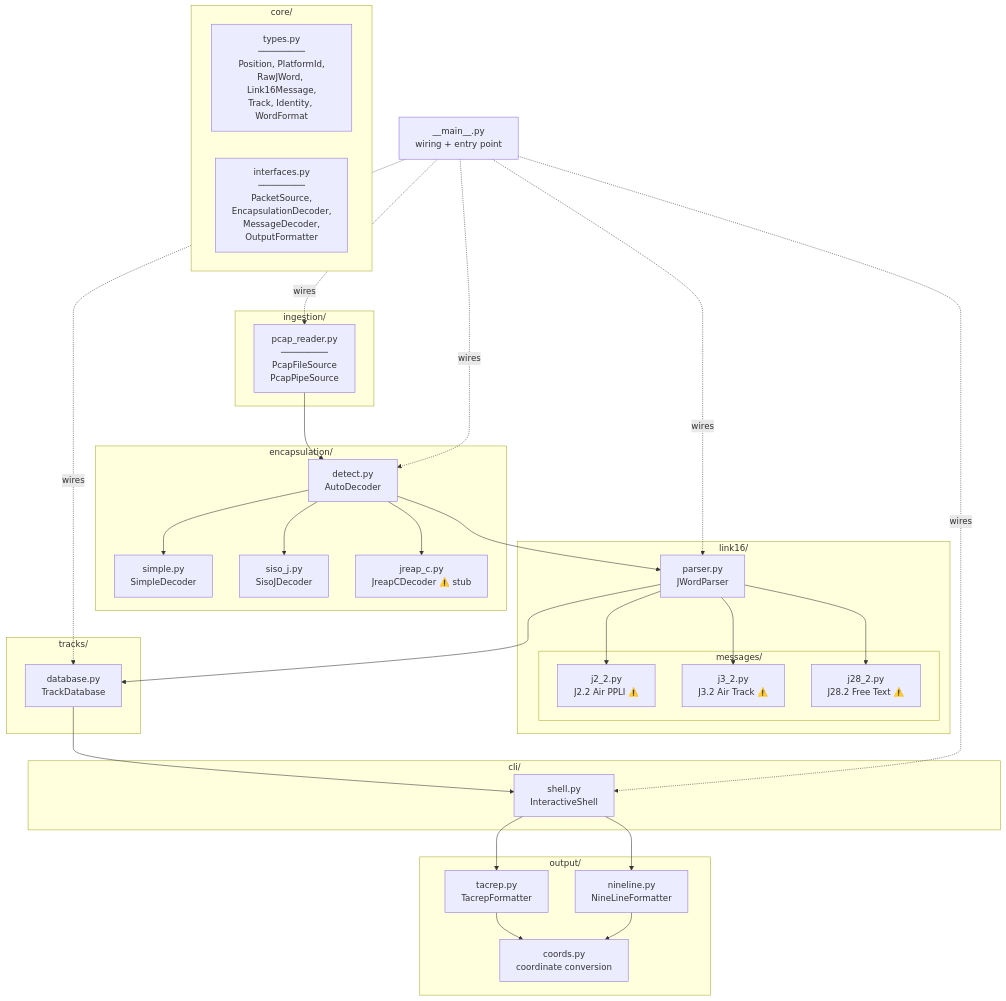
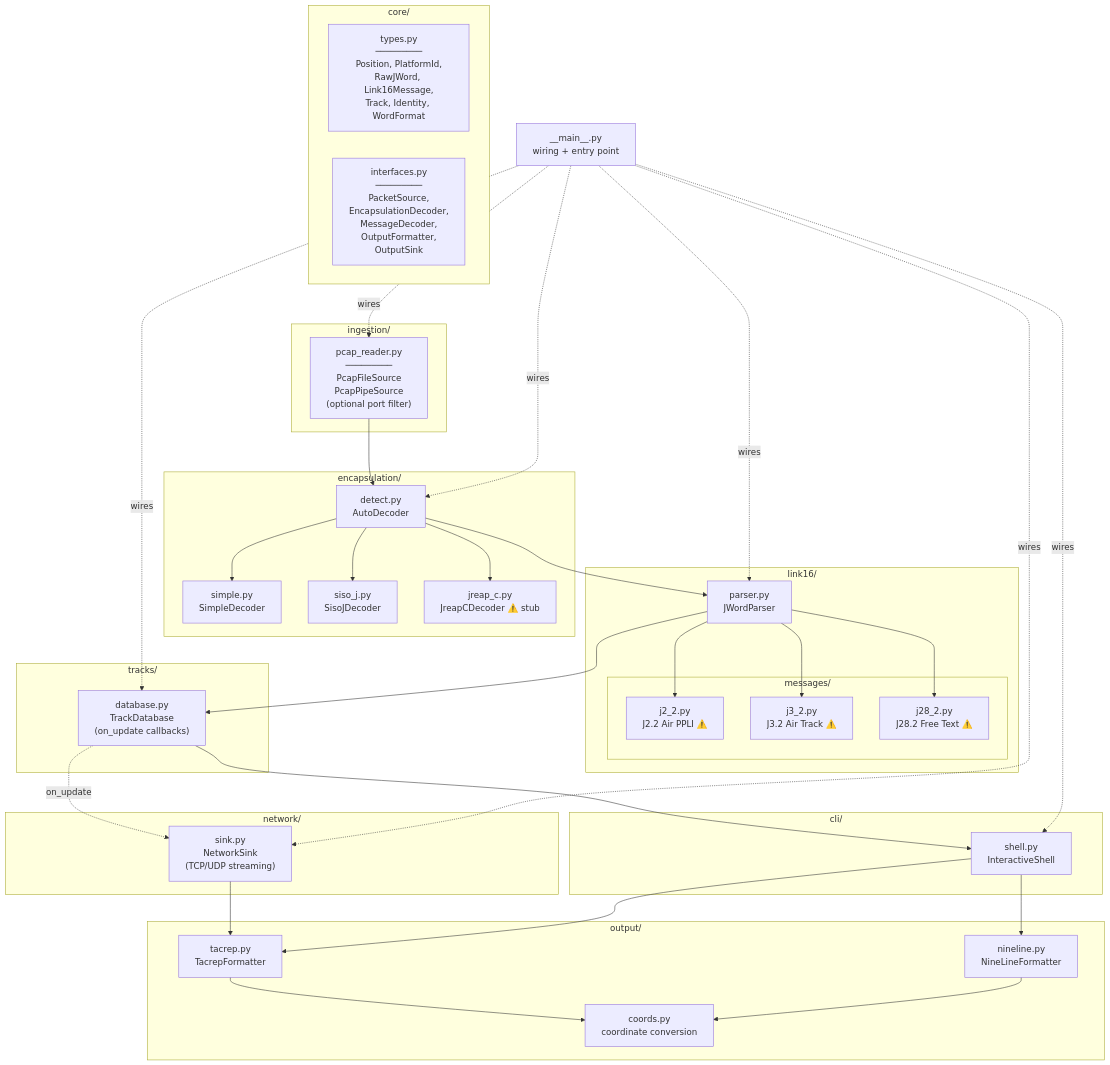
The third of 5 diagrams in ARCHITECTURE.md (tellerj/parser), drawn with Mermaid before and after one commit. The commit also changed other lines of this file and 30 other files, not shown here.

First line of the commit message:
Rename to link16-parser, add network streaming, port filter, and track lifecycle

````diff
--- a/ARCHITECTURE.md
+++ b/ARCHITECTURE.md
@@ -39,54 +80,60 @@
 ```mermaid
 graph TD
     subgraph core["core/"]
         types["types.py<br/>─────────<br/>Position, PlatformId,<br/>RawJWord, Link16Message,<br/>Track, Identity, WordFormat"]
-        interfaces["interfaces.py<br/>─────────<br/>PacketSource,<br/>EncapsulationDecoder,<br/>MessageDecoder,<br/>OutputFormatter"]
+        interfaces["interfaces.py<br/>─────────<br/>PacketSource,<br/>EncapsulationDecoder,<br/>MessageDecoder,<br/>OutputFormatter,<br/>OutputSink"]
     end
 
     subgraph ingestion["ingestion/"]
-        pcap["pcap_reader.py<br/>─────────<br/>PcapFileSource<br/>PcapPipeSource"]
+        pcap["pcap_reader.py<br/>─────────<br/>PcapFileSource<br/>PcapPipeSource<br/>(optional port filter)"]
     end
 
     subgraph encapsulation["encapsulation/"]
         simple["simple.py<br/>SimpleDecoder"]
         sisoj["siso_j.py<br/>SisoJDecoder"]
         jreapc["jreap_c.py<br/>JreapCDecoder ⚠️ stub"]
         detect["detect.py<br/>AutoDecoder"]
     end
 
     subgraph link16["link16/"]
         parser["parser.py<br/>JWordParser"]
         subgraph messages["messages/"]
             j22["j2_2.py<br/>J2.2 Air PPLI ⚠️"]
             j32["j3_2.py<br/>J3.2 Air Track ⚠️"]
             j282["j28_2.py<br/>J28.2 Free Text ⚠️"]
         end
     end
 
     subgraph tracks["tracks/"]
-        db["database.py<br/>TrackDatabase"]
+        db["database.py<br/>TrackDatabase<br/>(on_update callbacks)"]
     end
 
     subgraph output["output/"]
         coords["coords.py<br/>coordinate conversion"]
         tacrep["tacrep.py<br/>TacrepFormatter"]
         nineline["nineline.py<br/>NineLineFormatter"]
+    end
+
+    subgraph network["network/"]
+        netsink["sink.py<br/>NetworkSink<br/>(TCP/UDP streaming)"]
     end
 
     subgraph cli["cli/"]
         shell["shell.py<br/>InteractiveShell"]
     end
 
     main["__main__.py<br/>wiring + entry point"]
 
     pcap --> detect
     detect --> simple & sisoj & jreapc
     detect --> parser
     parser --> j22 & j32 & j282
     parser --> db
     db --> shell
+    db -.->|"on_update"| netsink
+    netsink --> tacrep
     shell --> tacrep & nineline
     tacrep --> coords
     nineline --> coords
-    main -.->|"wires"| pcap & detect & parser & db & shell
+    main -.->|"wires"| pcap & detect & parser & db & shell & netsink
 ```
````
